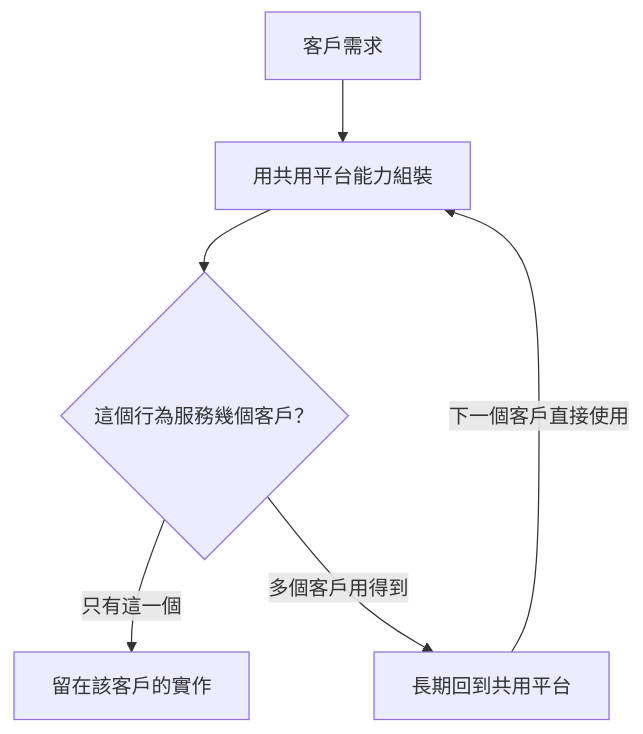
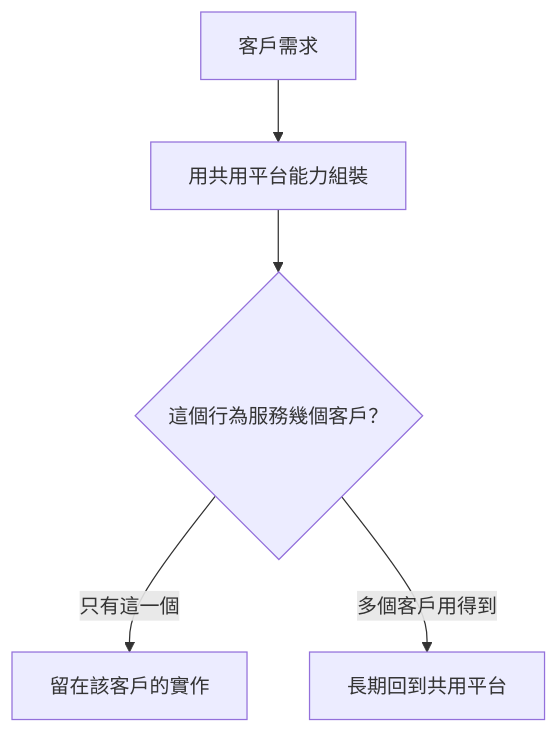
One commit to justmaocom/justmaocom.github.io changed the first of 2 diagrams in _posts/2026-09-17-fde-platform-customization-economics.md. Above: the diagram before and after it, drawn with Mermaid. The commit also changed other lines of this file and 8 other files, not shown here.

````diff
--- a/_posts/2026-09-17-fde-platform-customization-economics.md
+++ b/_posts/2026-09-17-fde-platform-customization-economics.md
@@ -54,8 +54,7 @@
 ```mermaid
 flowchart TD
   A[客戶需求] --> B[用共用平台能力組裝]
   B --> C{這個行為服務幾個客戶？}
   C -->|只有這一個| D[留在該客戶的實作]
   C -->|多個客戶用得到| E[長期回到共用平台]
-  E -->|下一個客戶直接使用| B
 ```
````
